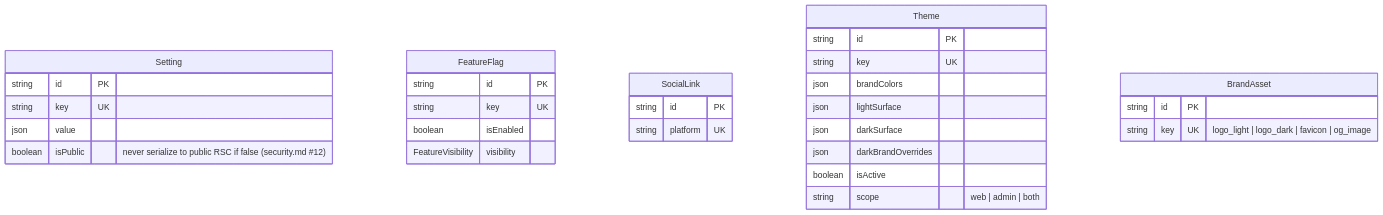
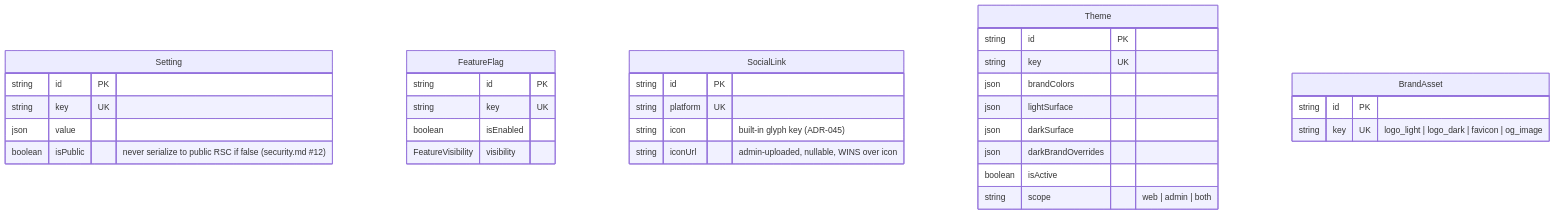
Before and after one commit to sufyan-mbxpro/MBFX-Learning-Center: the fourth of 8 diagrams in docs/erd.md, drawn with Mermaid. The commit also changed other lines of this file and 580 other files, not shown here.

````diff
--- a/docs/erd.md
+++ b/docs/erd.md
@@ -123,33 +123,35 @@
 ```mermaid
 erDiagram
   Setting {
     string id PK
     string key UK
     json value
     boolean isPublic "never serialize to public RSC if false (security.md #12)"
   }
   FeatureFlag {
     string id PK
     string key UK
     boolean isEnabled
     FeatureVisibility visibility
   }
   SocialLink {
     string id PK
     string platform UK
+    string icon "built-in glyph key (ADR-045)"
+    string iconUrl "admin-uploaded, nullable, WINS over icon"
   }
   Theme {
     string id PK
     string key UK
     json brandColors
     json lightSurface
     json darkSurface
     json darkBrandOverrides
     boolean isActive
     string scope "web | admin | both"
   }
   BrandAsset {
     string id PK
     string key UK "logo_light | logo_dark | favicon | og_image"
   }
 ```
````
